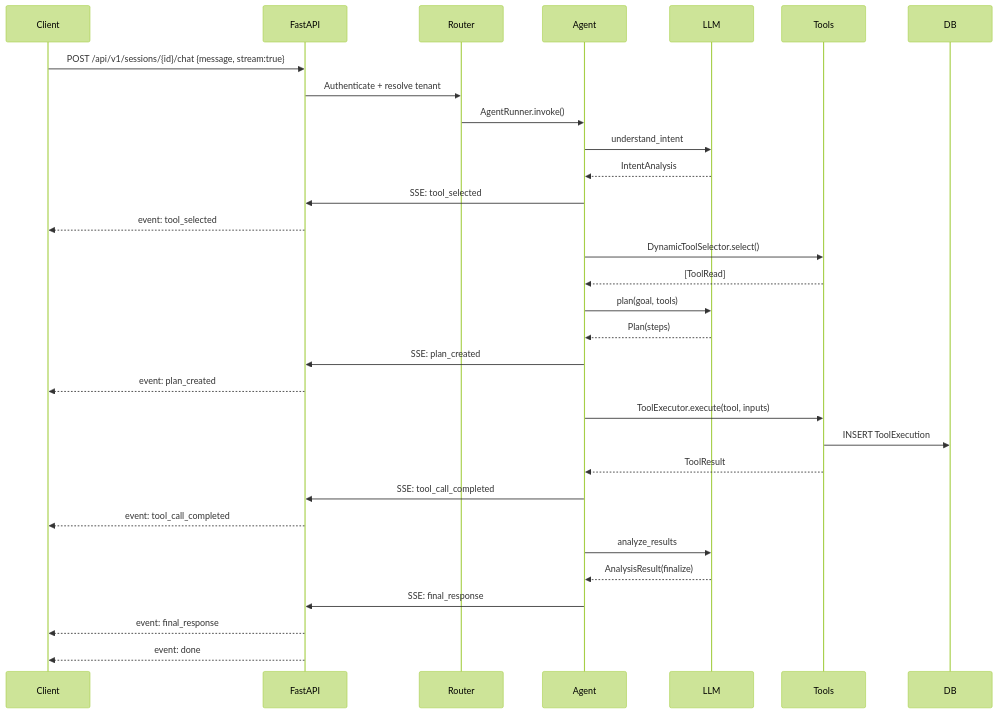
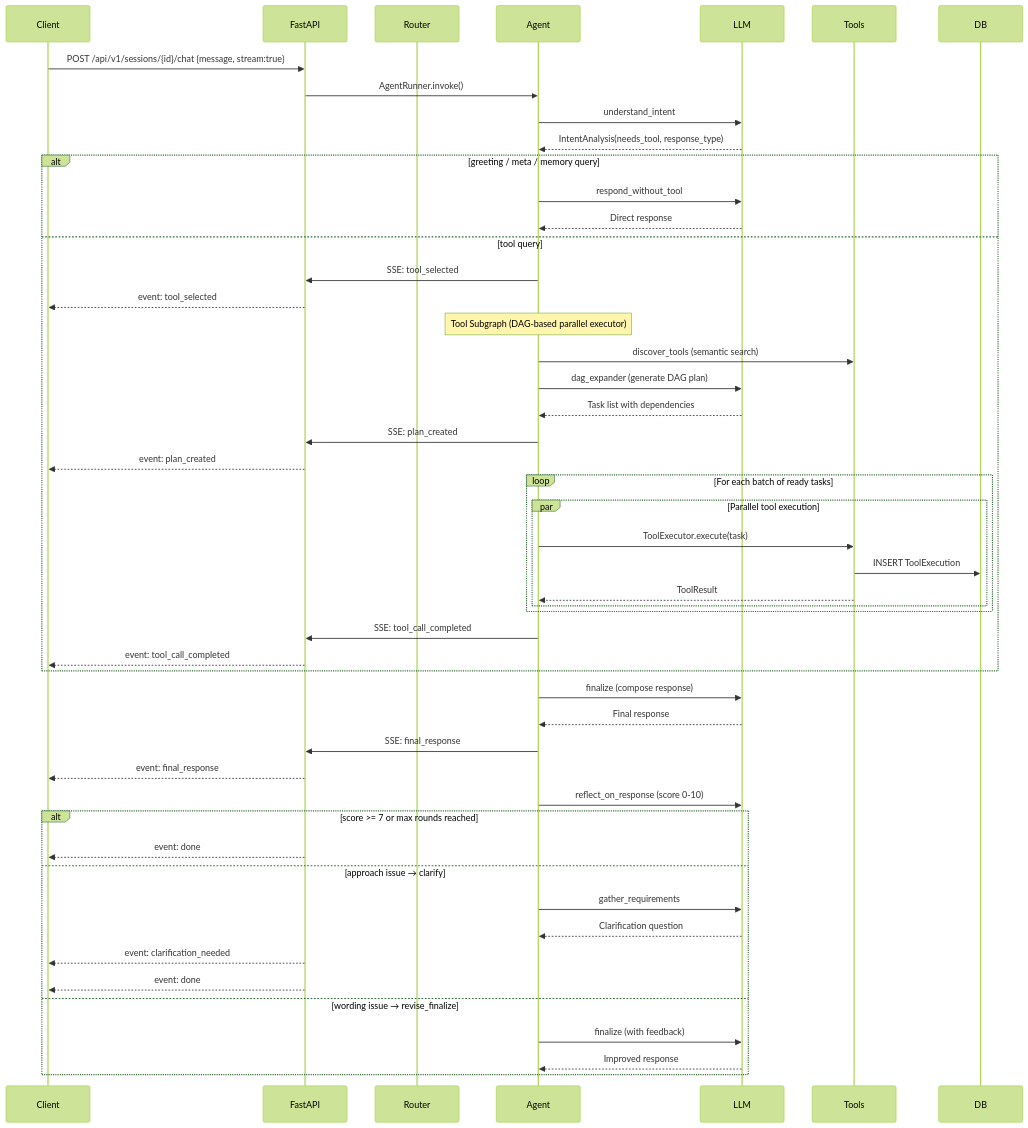
One commit to Muhammad-Husnain07/Nexus-Agent changed the second of 6 diagrams in nexus-agent/docs/architecture.md. Above: the diagram before and after it, drawn with Mermaid (forest theme). The commit also changed other lines of this file and 1 other file, not shown here.

Commit message:
docs: rewrite AGENTS.md and architecture.md to reflect DAG-based architecture

````diff
--- a/nexus-agent/docs/architecture.md
+++ b/nexus-agent/docs/architecture.md
@@ -56,34 +51,53 @@
 ```mermaid
 sequenceDiagram
     participant Client
     participant FastAPI
     participant Router
     participant Agent
     participant LLM
     participant Tools
     participant DB
 
     Client->>FastAPI: POST /api/v1/sessions/{id}/chat {message, stream:true}
-    FastAPI->>Router: Authenticate + resolve tenant
-    Router->>Agent: AgentRunner.invoke()
+    FastAPI->>Agent: AgentRunner.invoke()
     Agent->>LLM: understand_intent
-    LLM-->>Agent: IntentAnalysis
-    Agent->>FastAPI: SSE: tool_selected
-    FastAPI-->>Client: event: tool_selected
-    Agent->>Tools: DynamicToolSelector.select()
-    Tools-->>Agent: [ToolRead]
-    Agent->>LLM: plan(goal, tools)
-    LLM-->>Agent: Plan(steps)
-    Agent->>FastAPI: SSE: plan_created
-    FastAPI-->>Client: event: plan_created
-    Agent->>Tools: ToolExecutor.execute(tool, inputs)
-    Tools->>DB: INSERT ToolExecution
-    Tools-->>Agent: ToolResult
-    Agent->>FastAPI: SSE: tool_call_completed
-    FastAPI-->>Client: event: tool_call_completed
-    Agent->>LLM: analyze_results
-    LLM-->>Agent: AnalysisResult(finalize)
+    LLM-->>Agent: IntentAnalysis(needs_tool, response_type)
+    alt greeting / meta / memory query
+        Agent->>LLM: respond_without_tool
+        LLM-->>Agent: Direct response
+    else tool query
+        Agent->>FastAPI: SSE: tool_selected
+        FastAPI-->>Client: event: tool_selected
+        Note over Agent: Tool Subgraph (DAG-based parallel executor)
+        Agent->>Tools: discover_tools (semantic search)
+        Agent->>LLM: dag_expander (generate DAG plan)
+        LLM-->>Agent: Task list with dependencies
+        Agent->>FastAPI: SSE: plan_created
+        FastAPI-->>Client: event: plan_created
+        loop For each batch of ready tasks
+            par Parallel tool execution
+                Agent->>Tools: ToolExecutor.execute(task)
+                Tools->>DB: INSERT ToolExecution
+                Tools-->>Agent: ToolResult
+            end
+        end
+        Agent->>FastAPI: SSE: tool_call_completed
+        FastAPI-->>Client: event: tool_call_completed
+    end
+    Agent->>LLM: finalize (compose response)
+    LLM-->>Agent: Final response
     Agent->>FastAPI: SSE: final_response
     FastAPI-->>Client: event: final_response
-    FastAPI-->>Client: event: done
+    Agent->>LLM: reflect_on_response (score 0-10)
+    alt score >= 7 or max rounds reached
+        FastAPI-->>Client: event: done
+    else approach issue → clarify
+        Agent->>LLM: gather_requirements
+        LLM-->>Agent: Clarification question
+        FastAPI-->>Client: event: clarification_needed
+        FastAPI-->>Client: event: done
+    else wording issue → revise_finalize
+        Agent->>LLM: finalize (with feedback)
+        LLM-->>Agent: Improved response
+    end
 ```
````
